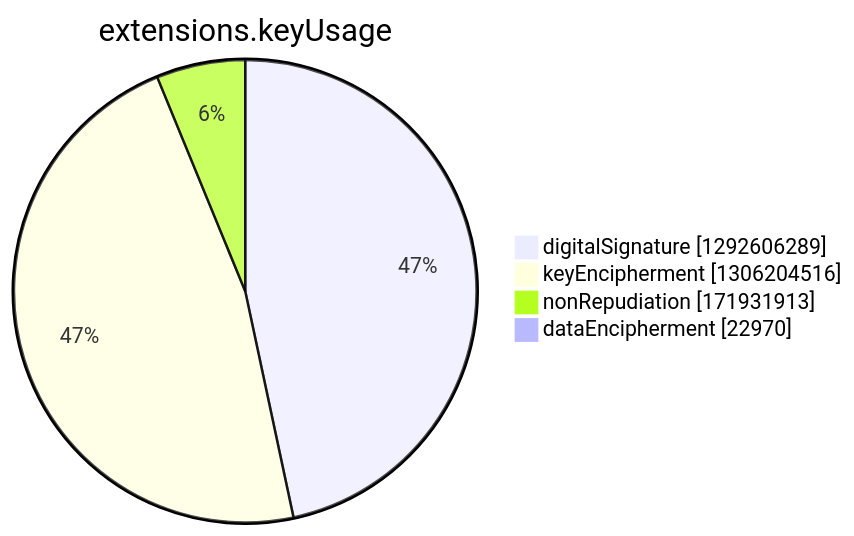
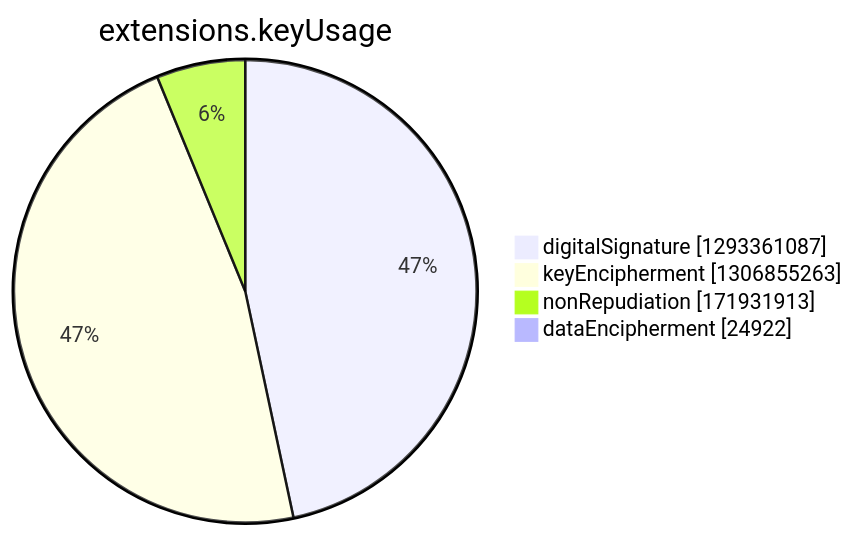
The seventh of 15 diagrams in argon2022/README.md (christiankrug/ctmonitor_visualization), drawn with Mermaid before and after one commit. The commit also changed other lines of this file, not shown here.

````diff
--- a/argon2022/README.md
+++ b/argon2022/README.md
@@ -2749,8 +2749,8 @@
 ```mermaid
 pie showData
 title extensions.keyUsage
-"digitalSignature" :1292606289
-"keyEncipherment" :1306204516
+"digitalSignature" :1293361087
+"keyEncipherment" :1306855263
 "nonRepudiation" :171931913
-"dataEncipherment" :22970
+"dataEncipherment" :24922
 ```
````
